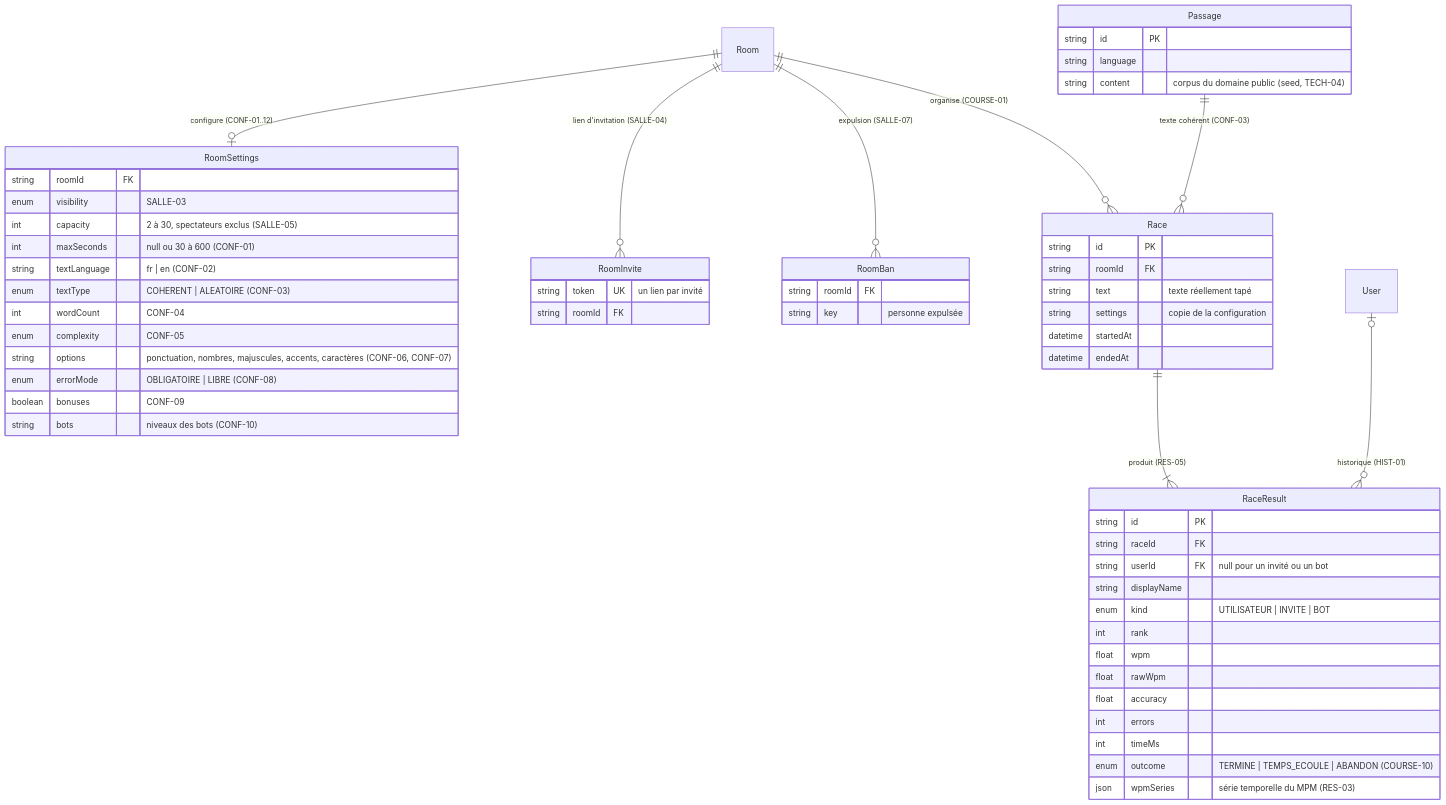
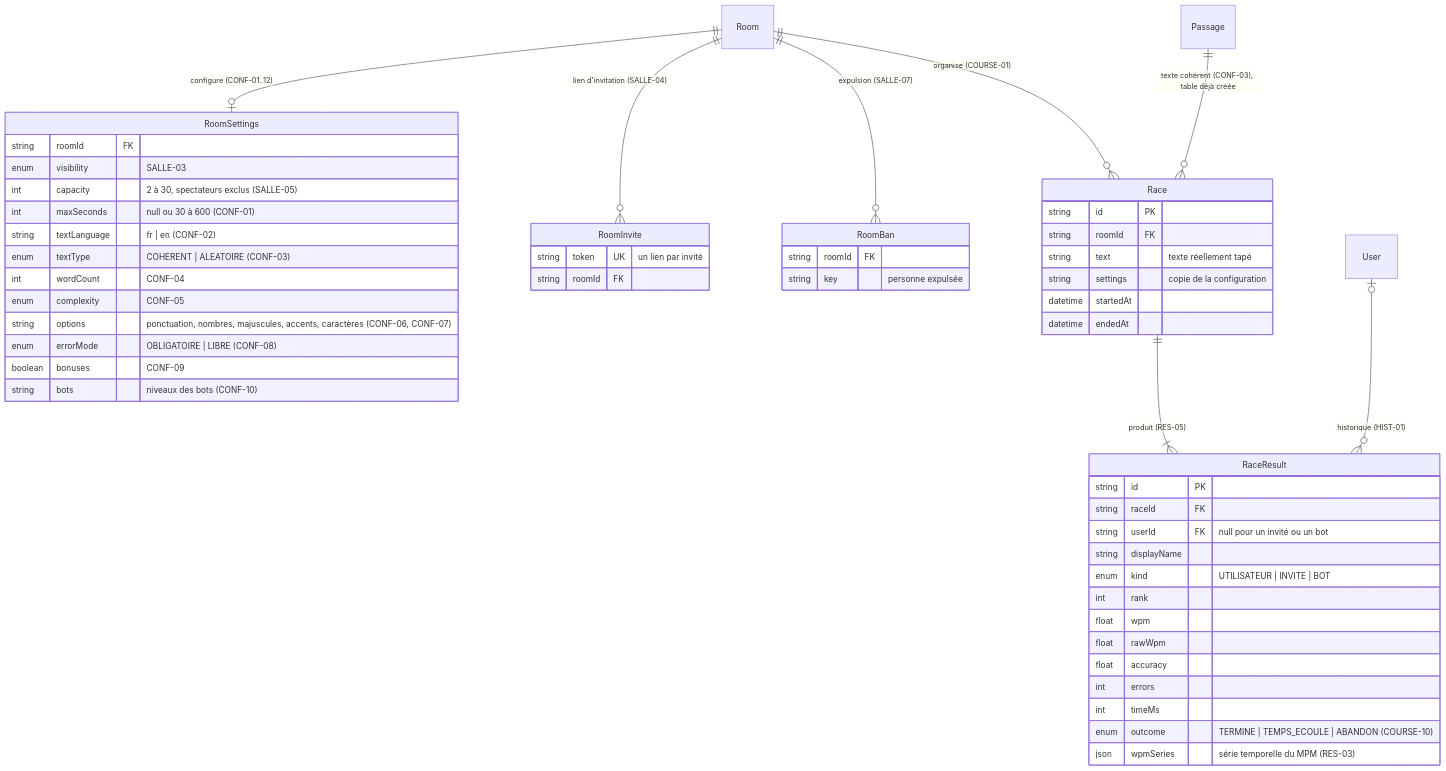
The second of 2 diagrams in docs/architecture/modele-de-donnees.md (devzr24/typing-race), drawn with Mermaid before and after one commit. The commit also changed other lines of this file and 3 other files, not shown here.

````diff
--- a/docs/architecture/modele-de-donnees.md
+++ b/docs/architecture/modele-de-donnees.md
@@ -72,61 +90,56 @@
 ```mermaid
 erDiagram
     Room ||--o| RoomSettings : "configure (CONF-01..12)"
     Room ||--o{ RoomInvite : "lien d'invitation (SALLE-04)"
     Room ||--o{ RoomBan : "expulsion (SALLE-07)"
     Room ||--o{ Race : "organise (COURSE-01)"
-    Passage ||--o{ Race : "texte cohérent (CONF-03)"
+    Passage ||--o{ Race : "texte cohérent (CONF-03), table déjà créée"
     Race ||--|{ RaceResult : "produit (RES-05)"
     User |o--o{ RaceResult : "historique (HIST-01)"
 
     RoomSettings {
         string roomId FK
         enum visibility "SALLE-03"
         int capacity "2 à 30, spectateurs exclus (SALLE-05)"
         int maxSeconds "null ou 30 à 600 (CONF-01)"
         string textLanguage "fr | en (CONF-02)"
         enum textType "COHERENT | ALEATOIRE (CONF-03)"
         int wordCount "CONF-04"
         enum complexity "CONF-05"
         string options "ponctuation, nombres, majuscules, accents, caractères (CONF-06, CONF-07)"
         enum errorMode "OBLIGATOIRE | LIBRE (CONF-08)"
         boolean bonuses "CONF-09"
         string bots "niveaux des bots (CONF-10)"
     }
     RoomInvite {
         string token UK "un lien par invité"
         string roomId FK
     }
     RoomBan {
         string roomId FK
         string key "personne expulsée"
     }
-    Passage {
-        string id PK
-        string language
-        string content "corpus du domaine public (seed, TECH-04)"
-    }
     Race {
         string id PK
         string roomId FK
         string text "texte réellement tapé"
         string settings "copie de la configuration"
         datetime startedAt
         datetime endedAt
     }
     RaceResult {
         string id PK
         string raceId FK
         string userId FK "null pour un invité ou un bot"
         string displayName
         enum kind "UTILISATEUR | INVITE | BOT"
         int rank
         float wpm
         float rawWpm
         float accuracy
         int errors
         int timeMs
         enum outcome "TERMINE | TEMPS_ECOULE | ABANDON (COURSE-10)"
         json wpmSeries "série temporelle du MPM (RES-03)"
     }
 ```
````
